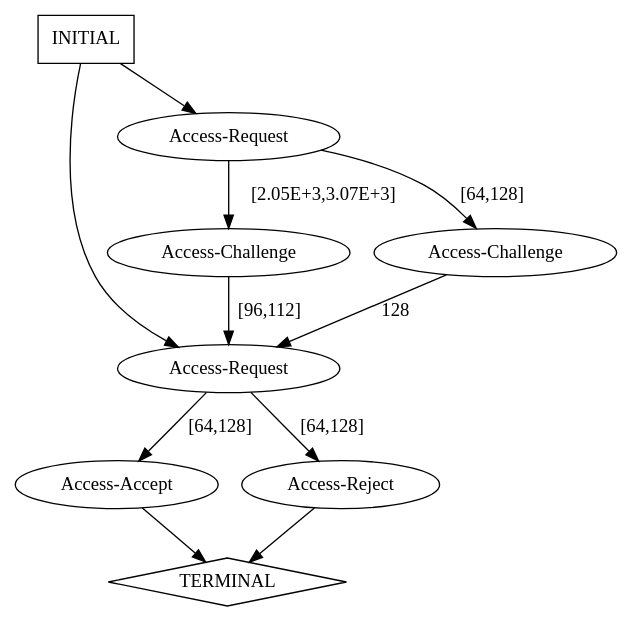
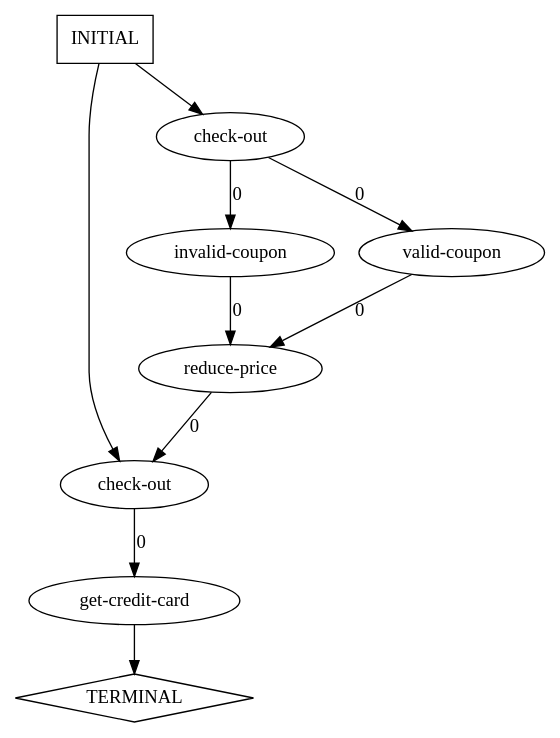
Before and after one commit to annadeng/Universal-Model-Inference: the diagram in bestchai-perfume-frontend-85f927d03b0c/tmp/perfumetest.dot, drawn with Graphviz. The commit also changed 44 other files, not shown here.

```diff
--- a/bestchai-perfume-frontend-85f927d03b0c/tmp/perfumetest.dot
+++ b/bestchai-perfume-frontend-85f927d03b0c/tmp/perfumetest.dot
@@ -1,20 +1,19 @@
 digraph G {
-  0 [label="Access-Accept"];
-  1 [label="Access-Challenge"];
-  2 [label="Access-Challenge"];
-  3 [label="Access-Reject"];
-  4 [label="Access-Request"];
-  5 [label="Access-Request"];
+  0 [label="check-out"];
+  1 [label="check-out"];
+  2 [label="get-credit-card"];
+  3 [label="invalid-coupon"];
+  4 [label="reduce-price"];
+  5 [label="valid-coupon"];
   6 [label="TERMINAL",shape=diamond];
   7 [label="INITIAL",shape=box];
-0->6 [label=""];
-1->4 [label="[96,112]"];
-2->4 [label="128"];
-3->6 [label=""];
-4->0 [label="[64,128]"];
-4->3 [label="[64,128]"];
-5->2 [label="[64,128]"];
-5->1 [label="[2.05E+3,3.07E+3]"];
-7->5 [label=""];
-7->4 [label=""];
+0->2 [label="0"];
+1->3 [label="0"];
+1->5 [label="0"];
+2->6 [label=""];
+3->4 [label="0"];
+4->0 [label="0"];
+5->4 [label="0"];
+7->0 [label=""];
+7->1 [label=""];
 }
```
